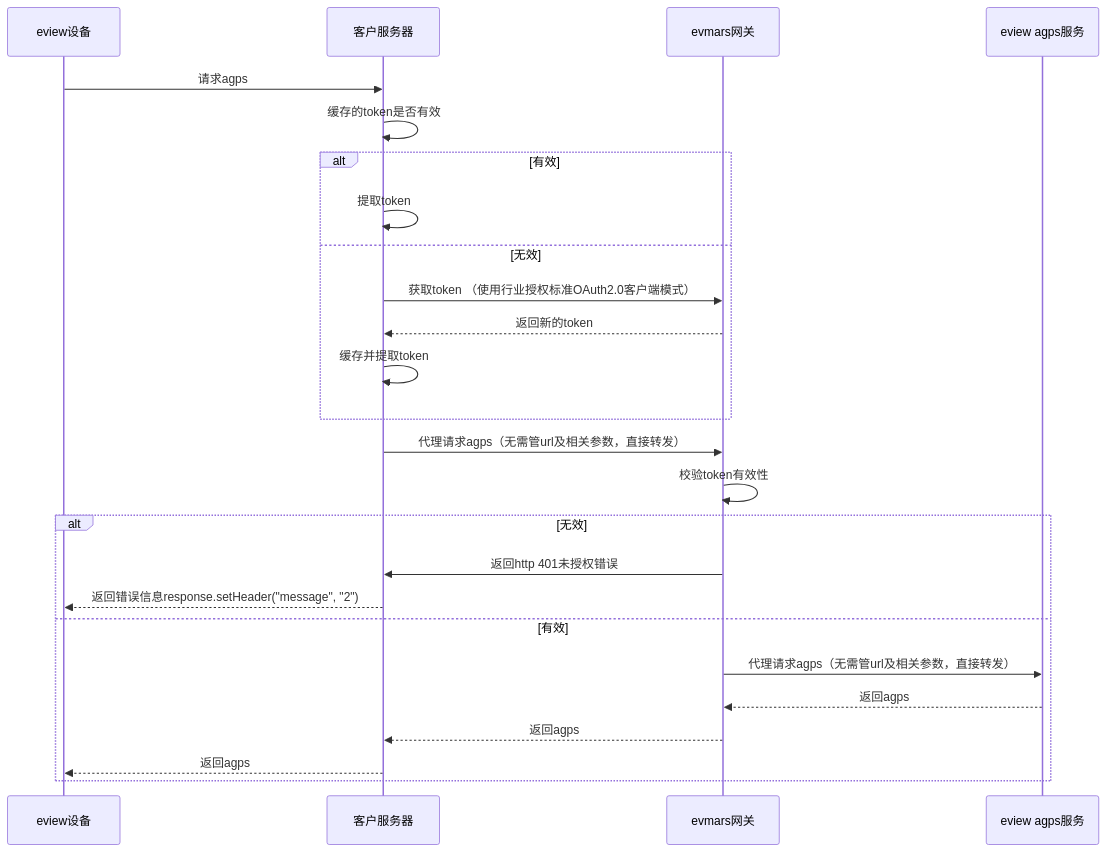
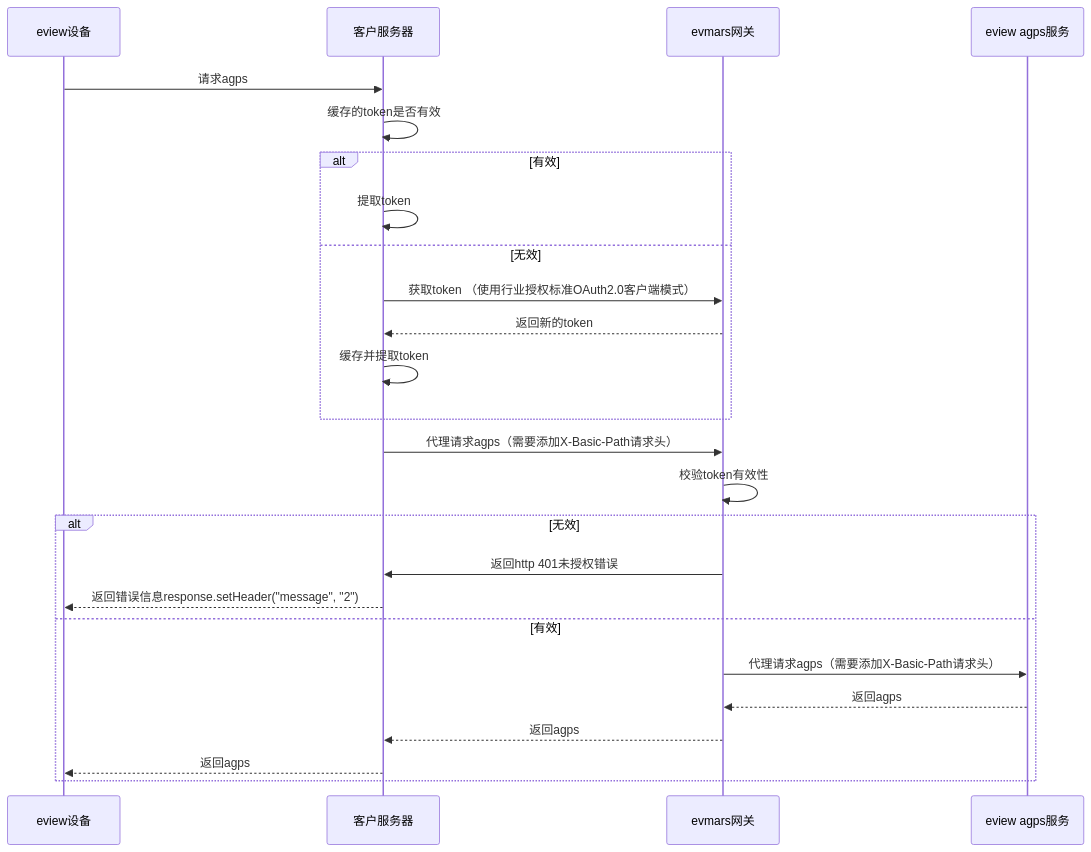
One commit to zeje/EviewCloudDoc changed the diagram in src/zh/evmars/biz/agps/README.md. Above: the diagram before and after it, drawn with Mermaid. The commit also changed other lines of this file and 2 other files, not shown here.

````diff
--- a/src/zh/evmars/biz/agps/README.md
+++ b/src/zh/evmars/biz/agps/README.md
@@ -6,32 +10,32 @@
 ```mermaid
 
 sequenceDiagram
 
 participant device as eview设备
 participant customerServer as 客户服务器
 participant evmarBizServer as evmars网关
 participant agpsServer as eview agps服务
 
 
 device ->> customerServer: 请求agps
 customerServer ->> customerServer: 缓存的token是否有效
 alt 有效
      customerServer ->> customerServer: 提取token
 else 无效
      customerServer ->> evmarBizServer: 获取token （使用行业授权标准OAuth2.0客户端模式）
      evmarBizServer -->> customerServer: 返回新的token
      customerServer ->> customerServer: 缓存并提取token
 end
-customerServer ->> evmarBizServer: 代理请求agps（无需管url及相关参数，直接转发）
+customerServer ->> evmarBizServer: 代理请求agps（需要添加X-Basic-Path请求头）
 evmarBizServer ->> evmarBizServer: 校验token有效性
 alt 无效
      evmarBizServer ->> customerServer: 返回http 401未授权错误
      customerServer -->> device: 返回错误信息response.setHeader("message", "2");
 else 有效
-     evmarBizServer ->> agpsServer: 代理请求agps（无需管url及相关参数，直接转发）
+     evmarBizServer ->> agpsServer: 代理请求agps（需要添加X-Basic-Path请求头）
      agpsServer -->> evmarBizServer:  返回agps
      evmarBizServer -->> customerServer: 返回agps
      customerServer -->> device: 返回agps
 end
 
 ```
````
